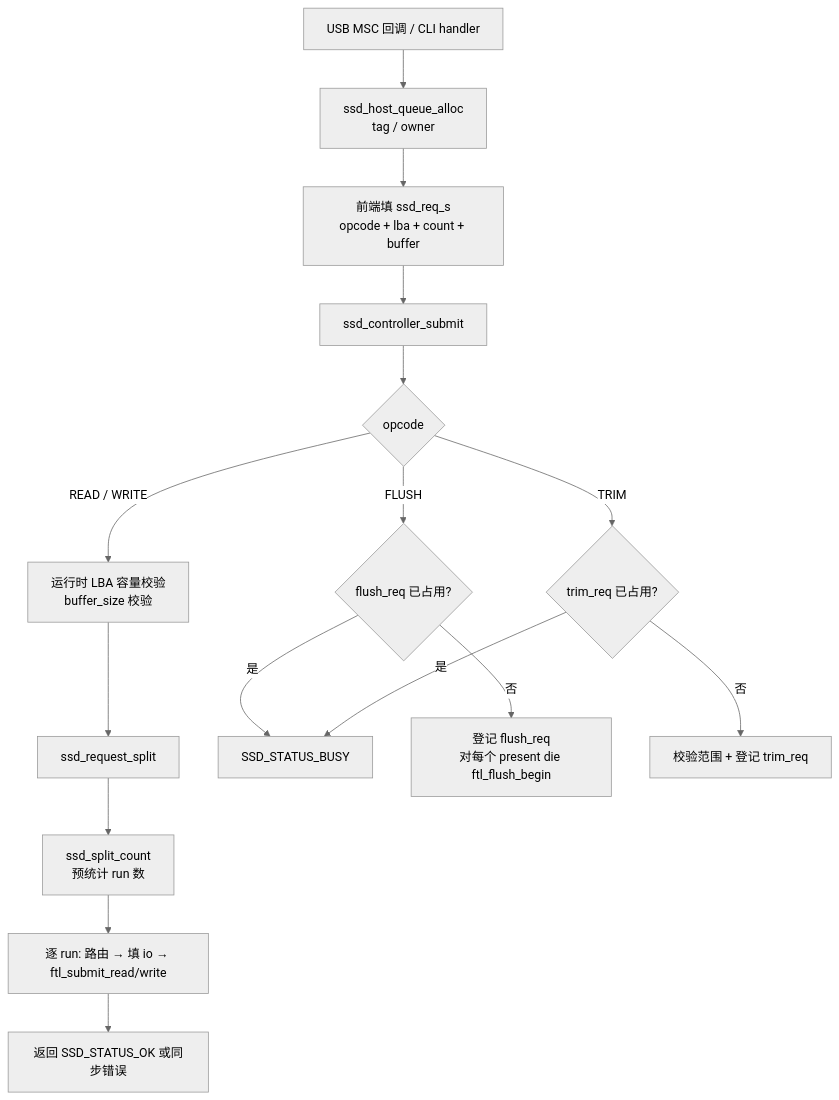
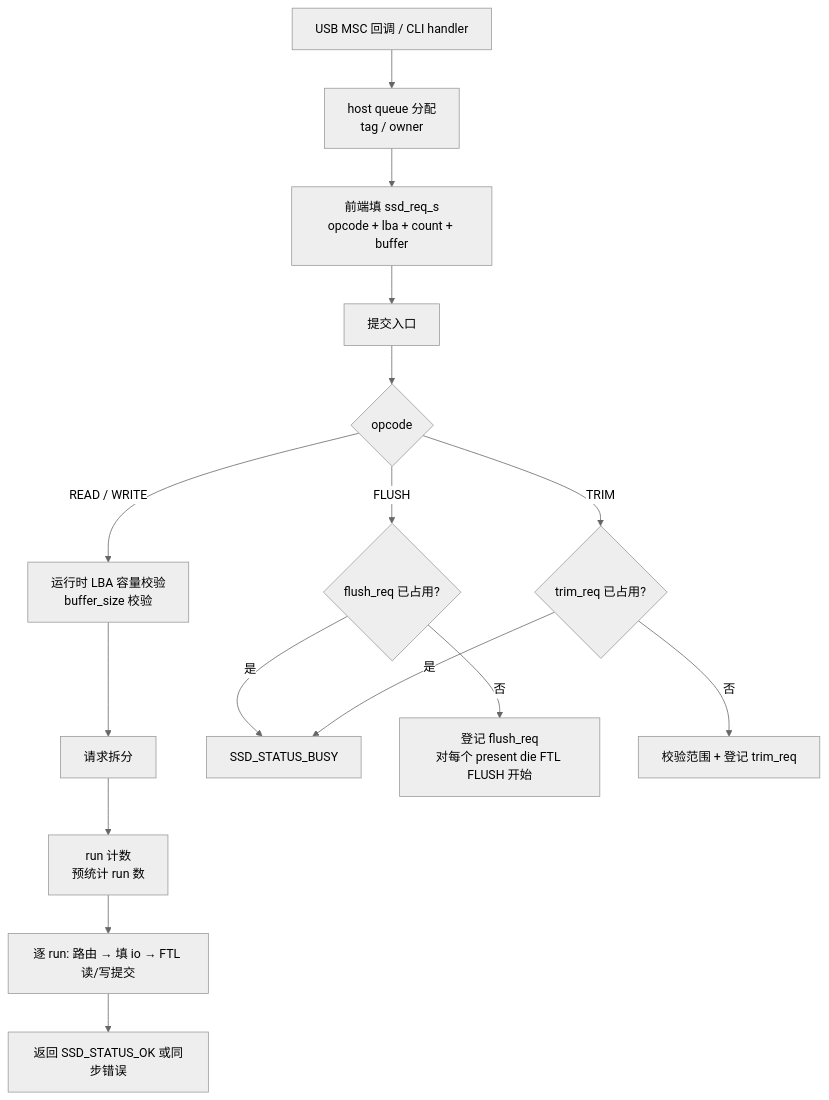
One commit to YzYMIAO/BASESSD changed the first of 2 diagrams in docs/design/hil_design.md. Above: the diagram before and after it, drawn with Mermaid (neutral theme). The commit also changed other lines of this file and 49 other files, not shown here.

````diff
--- a/docs/design/hil_design.md
+++ b/docs/design/hil_design.md
@@ -209,18 +206,18 @@
 ```mermaid
 flowchart TD
-    A[USB MSC 回调 / CLI handler] --> C[ssd_host_queue_alloc<br/>tag / owner]
+    A[USB MSC 回调 / CLI handler] --> C[host queue 分配<br/>tag / owner]
     C --> B[前端填 ssd_req_s<br/>opcode + lba + count + buffer]
-    B --> D[ssd_controller_submit]
+    B --> D[提交入口]
     D --> E{opcode}
     E -->|READ / WRITE| F[运行时 LBA 容量校验<br/>buffer_size 校验]
-    F --> G[ssd_request_split]
-    G --> H[ssd_split_count<br/>预统计 run 数]
-    H --> I[逐 run: 路由 → 填 io → ftl_submit_read/write]
+    F --> G[请求拆分]
+    G --> H[run 计数<br/>预统计 run 数]
+    H --> I[逐 run: 路由 → 填 io → FTL 读/写提交]
     E -->|FLUSH| J{flush_req 已占用?}
     J -->|是| K[SSD_STATUS_BUSY]
-    J -->|否| L[登记 flush_req<br/>对每个 present die ftl_flush_begin]
+    J -->|否| L[登记 flush_req<br/>对每个 present die FTL FLUSH 开始]
     E -->|TRIM| M{trim_req 已占用?}
     M -->|是| K
     M -->|否| N[校验范围 + 登记 trim_req]
     I --> O[返回 SSD_STATUS_OK 或同步错误]
 ```
````
